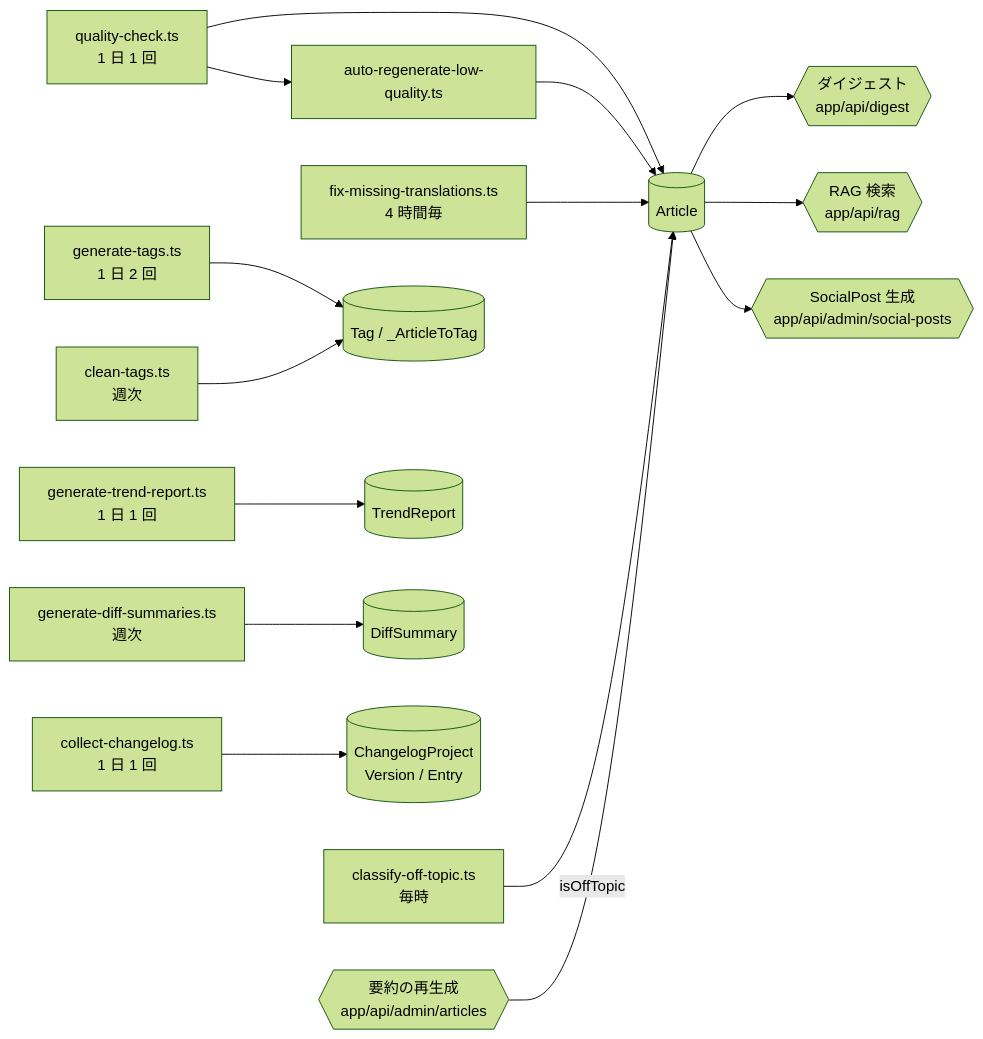
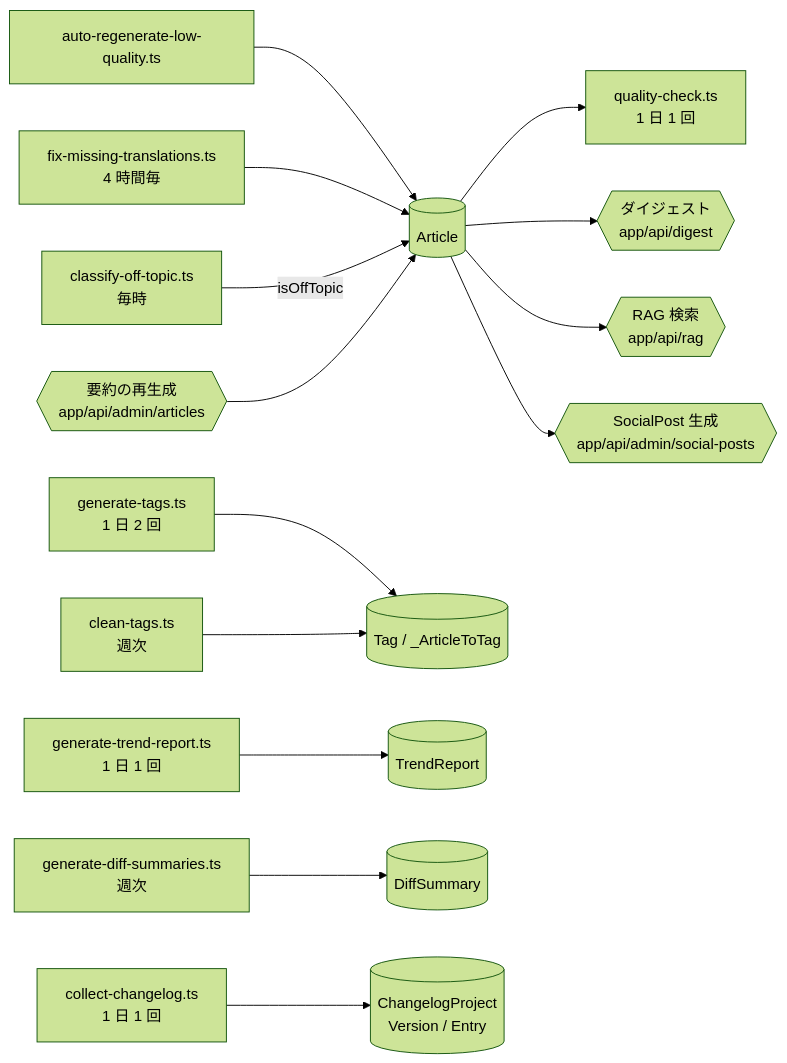
The second of 2 diagrams in docs/architecture/02-batch-pipeline.md (pawafulu7/techtrend), drawn with Mermaid (forest theme) before and after one commit. The commit also changed other lines of this file and 15 other files, not shown here.

````diff
--- a/docs/architecture/02-batch-pipeline.md
+++ b/docs/architecture/02-batch-pipeline.md
@@ -53,40 +53,39 @@
 ```mermaid
 flowchart LR
     ArticleDB[("Article")]
 
     GenerateTags["generate-tags.ts<br/>1 日 2 回"]
     QualityCheck["quality-check.ts<br/>1 日 1 回"]
     AutoRegen["auto-regenerate-low-quality.ts"]
     FixTranslations["fix-missing-translations.ts<br/>4 時間毎"]
     TrendReport["generate-trend-report.ts<br/>1 日 1 回"]
     DiffSummary["generate-diff-summaries.ts<br/>週次"]
     Changelog["collect-changelog.ts<br/>1 日 1 回"]
     CleanTags["clean-tags.ts<br/>週次"]
     OffTopic["classify-off-topic.ts<br/>毎時"]
 
     TagDB[("Tag / _ArticleToTag")]
     TrendReportDB[("TrendReport")]
     DiffSummaryDB[("DiffSummary")]
     ChangelogDB[("ChangelogProject<br/>Version / Entry")]
 
     Digest{{"ダイジェスト<br/>app/api/digest"}}
     Rag{{"RAG 検索<br/>app/api/rag"}}
     SocialPost{{"SocialPost 生成<br/>app/api/admin/social-posts"}}
     Regenerate{{"要約の再生成<br/>app/api/admin/articles"}}
 
     GenerateTags --> TagDB
     CleanTags --> TagDB
-    QualityCheck --> ArticleDB
-    QualityCheck --> AutoRegen
+    ArticleDB --> QualityCheck
     AutoRegen --> ArticleDB
     FixTranslations --> ArticleDB
     TrendReport --> TrendReportDB
     DiffSummary --> DiffSummaryDB
     Changelog --> ChangelogDB
     OffTopic -->|"isOffTopic"| ArticleDB
     Regenerate --> ArticleDB
 
     ArticleDB --> Digest
     ArticleDB --> Rag
     ArticleDB --> SocialPost
 ```
````
